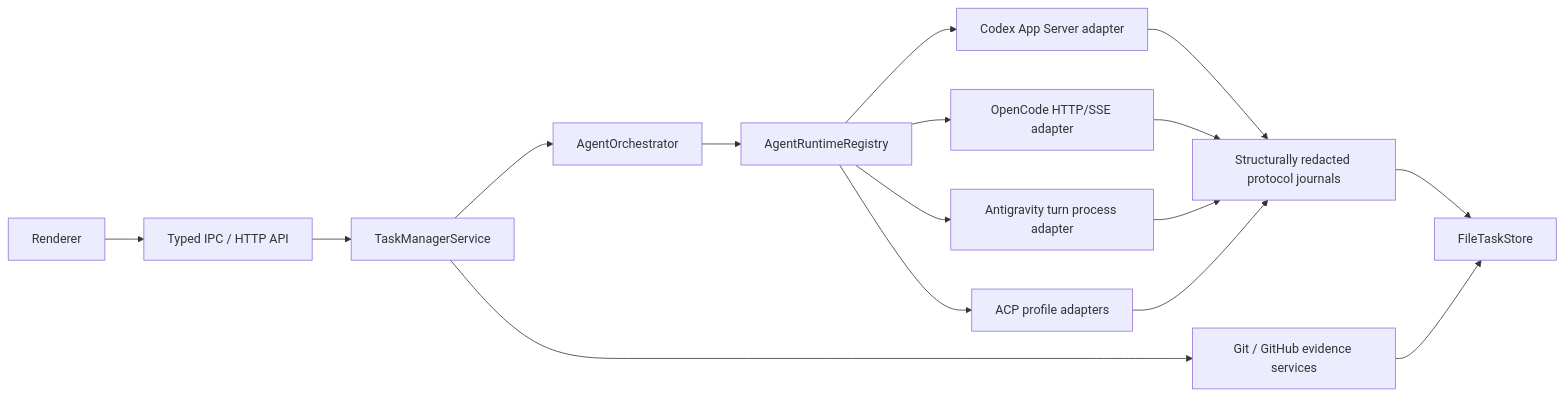
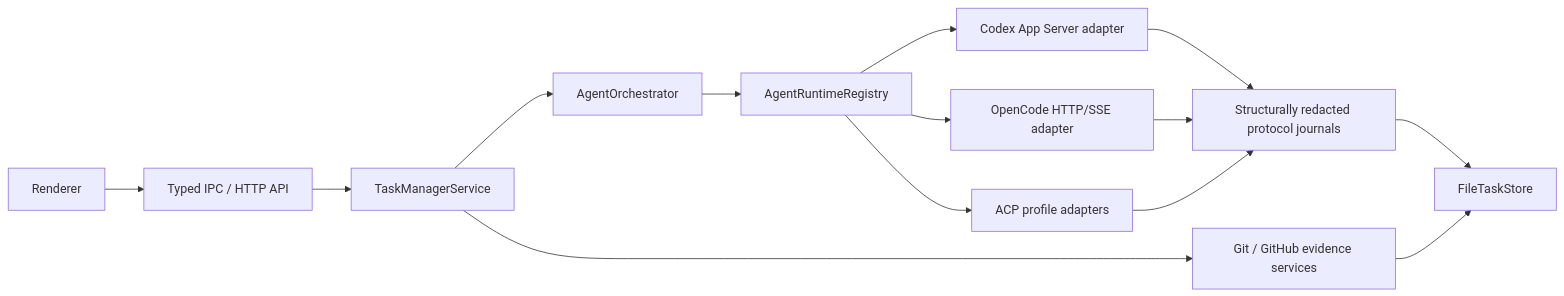
The diagram in docs/architecture/AGENT_RUNTIME_ARCHITECTURE.md (RojhatToptamus/task-monki), drawn with Mermaid before and after one commit. The commit also changed other lines of this file and 49 other files, not shown here.

````diff
--- a/docs/architecture/AGENT_RUNTIME_ARCHITECTURE.md
+++ b/docs/architecture/AGENT_RUNTIME_ARCHITECTURE.md
@@ -88,18 +87,16 @@
 ```mermaid
 flowchart LR
   UI["Renderer"] --> API["Typed IPC / HTTP API"]
   API --> Service["TaskManagerService"]
   Service --> Orchestrator["AgentOrchestrator"]
   Orchestrator --> Registry["AgentRuntimeRegistry"]
   Registry --> Codex["Codex App Server adapter"]
   Registry --> OpenCode["OpenCode HTTP/SSE adapter"]
-  Registry --> Antigravity["Antigravity turn process adapter"]
   Registry --> ACP["ACP profile adapters"]
   Codex --> Journal["Structurally redacted protocol journals"]
   OpenCode --> Journal
-  Antigravity --> Journal
   ACP --> Journal
   Journal --> Store["FileTaskStore"]
   Service --> Evidence["Git / GitHub evidence services"]
   Evidence --> Store
 ```
````
